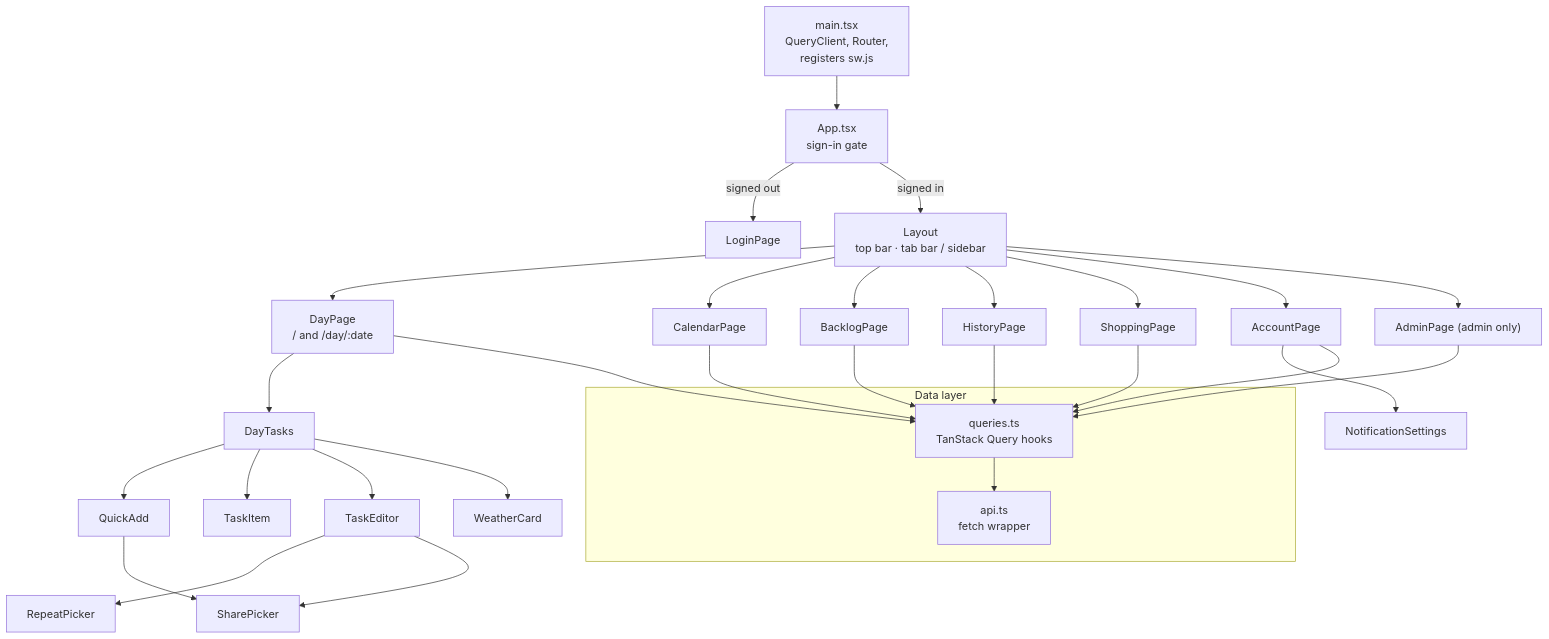
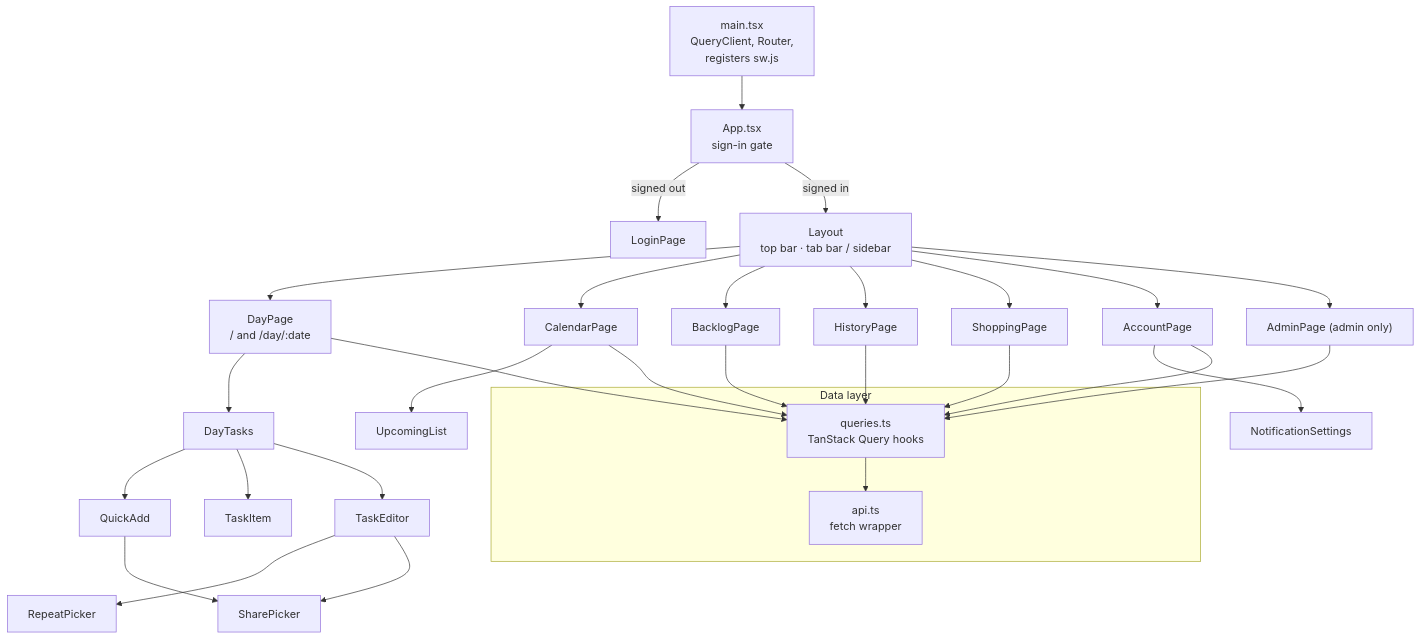
The fourth of 4 diagrams in docs/architecture.md (jaaseru/questlog), drawn with Mermaid before and after one commit. The commit also changed other lines of this file and 26 other files, not shown here.

````diff
--- a/docs/architecture.md
+++ b/docs/architecture.md
@@ -124,24 +119,25 @@
 ```mermaid
 flowchart TD
   main["main.tsx<br/>QueryClient, Router,<br/>registers sw.js"] --> App["App.tsx<br/>sign-in gate"]
   App -->|signed out| Login["LoginPage"]
   App -->|signed in| Layout["Layout<br/>top bar · tab bar / sidebar"]
   Layout --> Day["DayPage<br/>/ and /day/:date"]
   Layout --> Cal["CalendarPage"]
   Layout --> Back["BacklogPage"]
   Layout --> Hist["HistoryPage"]
   Layout --> Shop["ShoppingPage"]
   Layout --> Acc["AccountPage"]
   Layout --> Adm["AdminPage (admin only)"]
 
   Day --> DayTasks["DayTasks"]
-  DayTasks --> QuickAdd & TaskItem & TaskEditor & WeatherCard
+  DayTasks --> QuickAdd & TaskItem & TaskEditor
+  Cal --> UpcomingList
   TaskEditor --> RepeatPicker & SharePicker
   QuickAdd --> SharePicker
   Acc --> NotificationSettings
 
   subgraph data["Data layer"]
     queries["queries.ts<br/>TanStack Query hooks"] --> apiTs["api.ts<br/>fetch wrapper"]
   end
   Day & Cal & Back & Hist & Shop & Acc & Adm --> queries
 ```
````
